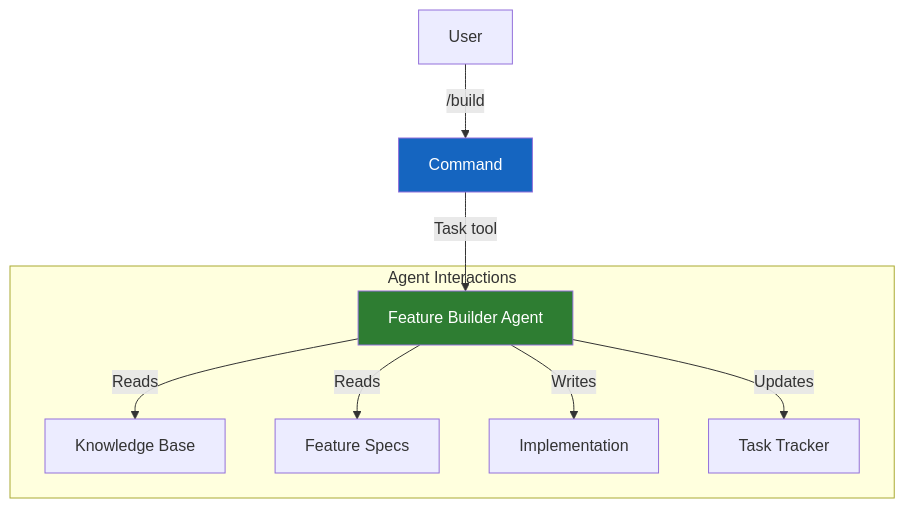
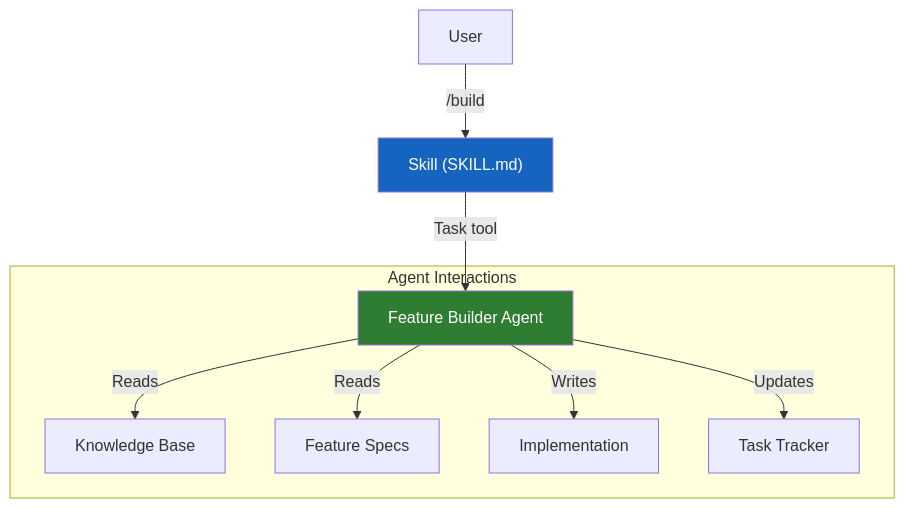
One commit to rp1-run/rp1 changed the first of 2 diagrams in docs/concepts/command-agent-pattern.md. Above: the diagram before and after it, drawn with Mermaid. The commit also changed other lines of this file and 6 other files, not shown here.

````diff
--- a/docs/concepts/command-agent-pattern.md
+++ b/docs/concepts/command-agent-pattern.md
@@ -14,15 +17,15 @@
 ```mermaid
 flowchart TB
-    User[User] -->|/build| Command[Command]
-    Command -->|Task tool| Agent[Feature Builder Agent]
+    User[User] -->|/build| Skill["Skill (SKILL.md)"]
+    Skill -->|Task tool| Agent[Feature Builder Agent]
 
     subgraph "Agent Interactions"
         Agent -->|Reads| KB[Knowledge Base]
         Agent -->|Reads| Specs[Feature Specs]
         Agent -->|Writes| Code[Implementation]
         Agent -->|Updates| Tasks[Task Tracker]
     end
 
-    style Command fill:#1565c0,color:#fff
+    style Skill fill:#1565c0,color:#fff
     style Agent fill:#2e7d32,color:#fff
 ```
````
